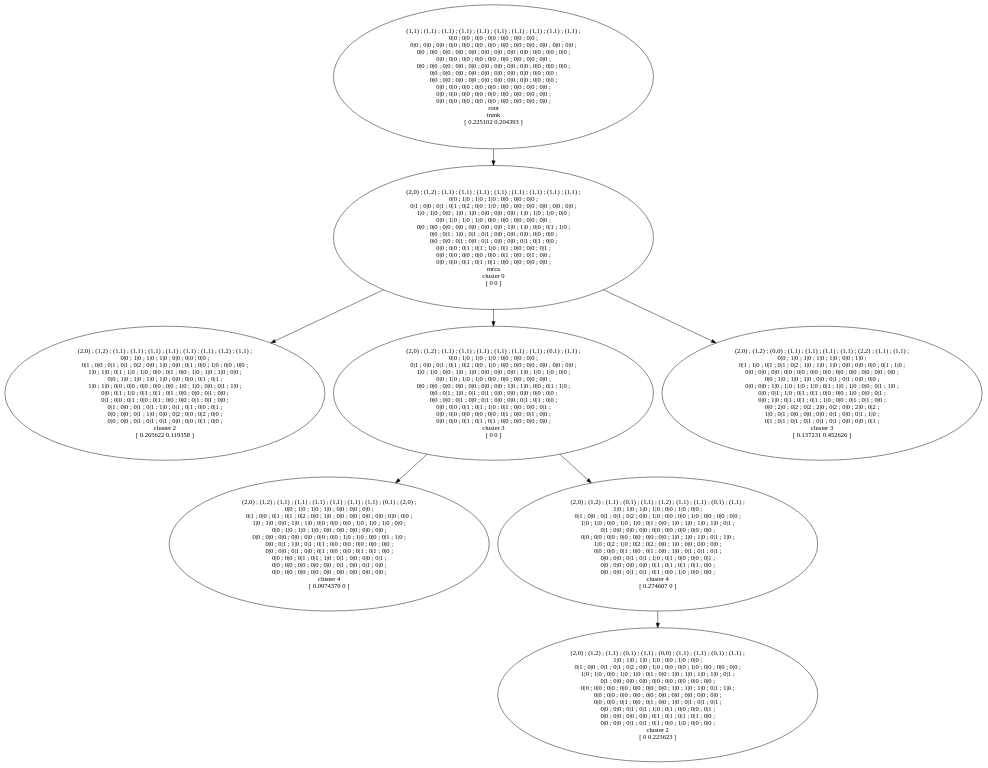
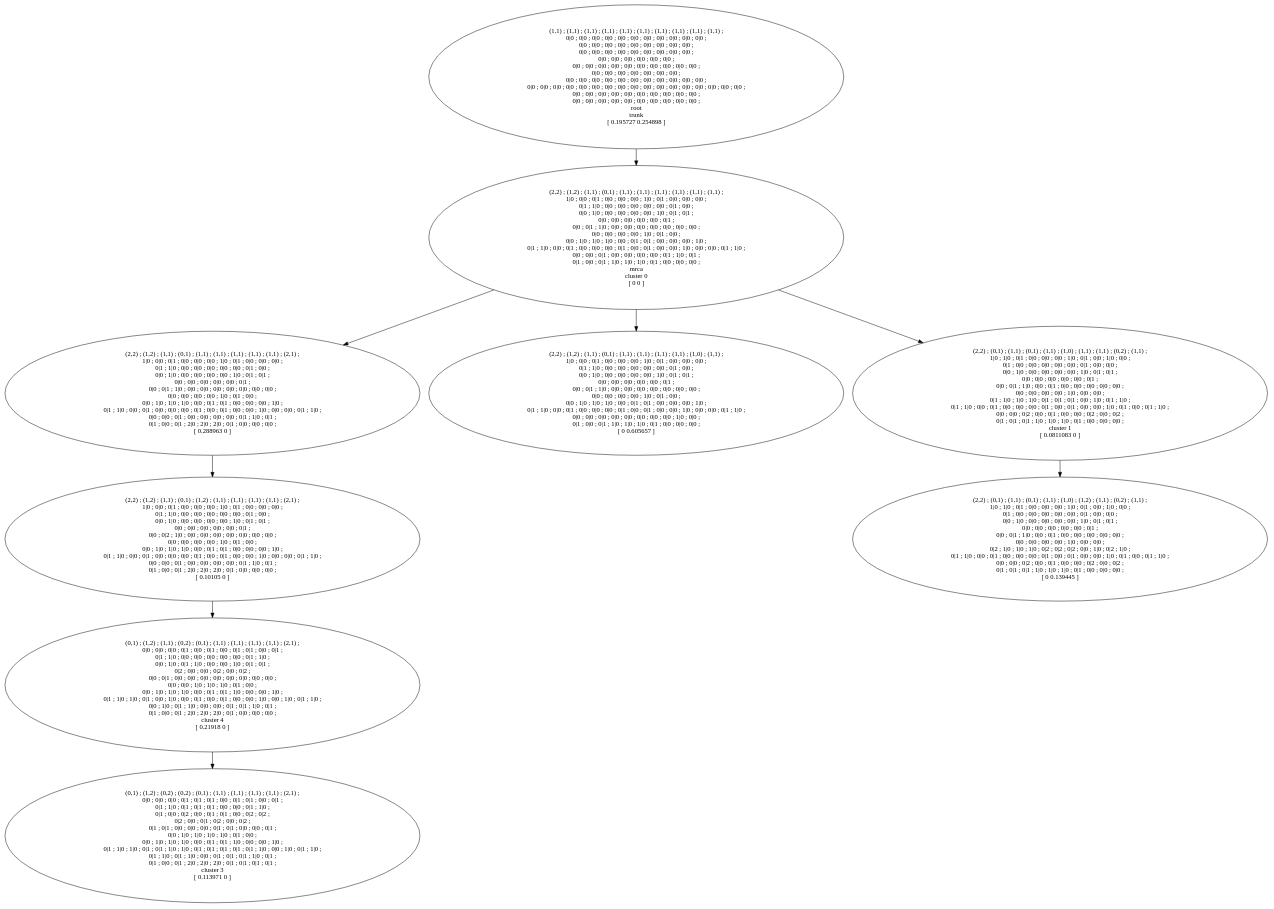
One commit to nicoledd/PACTIONproject changed the diagram in data/k10_n100_s1/T.dot. Above: the diagram before and after it, drawn with Graphviz. The commit also changed 5329 other files, not shown here.

```diff
--- a/data/k10_n100_s1/T.dot
+++ b/data/k10_n100_s1/T.dot
@@ -1,17 +1,19 @@
 digraph T {
-	17 [label="(2,0) ; (1,2) ; (1,1) ; (1,1) ; (1,1) ; (1,1) ; (1,1) ; (1,1) ; (1,2) ; (1,1) ; \n0|0 ; 1|0 ; 1|0 ; 1|0 ; 0|0 ; 0|0 ; 0|0 ; \n0|1 ; 0|0 ; 0|1 ; 0|1 ; 0|2 ; 0|0 ; 1|0 ; 0|0 ; 0|1 ; 0|0 ; 1|0 ; 0|0 ; 0|0 ; \n1|0 ; 1|0 ; 0|1 ; 1|0 ; 1|0 ; 0|0 ; 0|1 ; 0|0 ; 1|0 ; 1|0 ; 1|0 ; 0|0 ; \n0|0 ; 1|0 ; 1|0 ; 1|0 ; 1|0 ; 0|0 ; 0|0 ; 0|1 ; 0|1 ; \n1|0 ; 1|0 ; 0|0 ; 0|0 ; 0|0 ; 0|0 ; 0|0 ; 1|0 ; 1|0 ; 0|0 ; 0|1 ; 1|0 ; \n0|0 ; 0|1 ; 1|0 ; 0|1 ; 0|1 ; 0|1 ; 0|0 ; 0|0 ; 0|1 ; 0|0 ; \n0|1 ; 0|0 ; 0|1 ; 0|0 ; 0|1 ; 0|0 ; 0|0 ; 0|1 ; 0|1 ; 0|0 ; \n0|1 ; 0|0 ; 0|1 ; 0|1 ; 1|0 ; 0|1 ; 0|1 ; 0|0 ; 0|1 ; \n0|0 ; 0|0 ; 0|1 ; 1|0 ; 0|0 ; 0|2 ; 0|0 ; 0|2 ; 0|0 ; \n0|0 ; 0|0 ; 0|1 ; 0|1 ; 0|1 ; 0|0 ; 0|0 ; 0|1 ; 0|0 ; \ncluster 2\n[ 0.265622 0.119358 ]"]
-	16 [label="(2,0) ; (1,2) ; (1,1) ; (1,1) ; (1,1) ; (1,1) ; (1,1) ; (1,1) ; (1,1) ; (1,1) ; \n0|0 ; 1|0 ; 1|0 ; 1|0 ; 0|0 ; 0|0 ; 0|0 ; \n0|1 ; 0|0 ; 0|1 ; 0|1 ; 0|2 ; 0|0 ; 1|0 ; 0|0 ; 0|0 ; 0|0 ; 0|0 ; 0|0 ; 0|0 ; \n1|0 ; 1|0 ; 0|0 ; 1|0 ; 1|0 ; 0|0 ; 0|0 ; 0|0 ; 1|0 ; 1|0 ; 1|0 ; 0|0 ; \n0|0 ; 1|0 ; 1|0 ; 1|0 ; 0|0 ; 0|0 ; 0|0 ; 0|0 ; 0|0 ; \n0|0 ; 0|0 ; 0|0 ; 0|0 ; 0|0 ; 0|0 ; 0|0 ; 1|0 ; 1|0 ; 0|0 ; 0|1 ; 1|0 ; \n0|0 ; 0|1 ; 1|0 ; 0|1 ; 0|1 ; 0|0 ; 0|0 ; 0|0 ; 0|0 ; 0|0 ; \n0|0 ; 0|0 ; 0|1 ; 0|0 ; 0|1 ; 0|0 ; 0|0 ; 0|1 ; 0|1 ; 0|0 ; \n0|0 ; 0|0 ; 0|1 ; 0|1 ; 1|0 ; 0|1 ; 0|0 ; 0|0 ; 0|1 ; \n0|0 ; 0|0 ; 0|0 ; 0|0 ; 0|0 ; 0|1 ; 0|0 ; 0|1 ; 0|0 ; \n0|0 ; 0|0 ; 0|1 ; 0|1 ; 0|1 ; 0|0 ; 0|0 ; 0|0 ; 0|0 ; \nmrca\ncluster 0\n[ 0 0 ]"]
-	15 [label="(2,0) ; (1,2) ; (1,1) ; (1,1) ; (1,1) ; (1,1) ; (1,1) ; (1,1) ; (0,1) ; (2,0) ; \n0|0 ; 1|0 ; 1|0 ; 1|0 ; 0|0 ; 0|0 ; 0|0 ; \n0|1 ; 0|0 ; 0|1 ; 0|1 ; 0|2 ; 0|0 ; 1|0 ; 0|0 ; 0|0 ; 0|0 ; 0|0 ; 0|0 ; 0|0 ; \n1|0 ; 1|0 ; 0|0 ; 1|0 ; 1|0 ; 0|0 ; 0|0 ; 0|0 ; 1|0 ; 1|0 ; 1|0 ; 0|0 ; \n0|0 ; 1|0 ; 1|0 ; 1|0 ; 0|0 ; 0|0 ; 0|0 ; 0|0 ; 0|0 ; \n0|0 ; 0|0 ; 0|0 ; 0|0 ; 0|0 ; 0|0 ; 0|0 ; 1|0 ; 1|0 ; 0|0 ; 0|1 ; 1|0 ; \n0|0 ; 0|1 ; 1|0 ; 0|1 ; 0|1 ; 0|0 ; 0|0 ; 0|0 ; 0|0 ; 0|0 ; \n0|0 ; 0|0 ; 0|1 ; 0|0 ; 0|1 ; 0|0 ; 0|0 ; 0|1 ; 0|1 ; 0|0 ; \n0|0 ; 0|0 ; 0|1 ; 0|1 ; 1|0 ; 0|1 ; 0|0 ; 0|0 ; 0|1 ; \n0|0 ; 0|0 ; 0|0 ; 0|0 ; 0|0 ; 0|1 ; 0|0 ; 0|1 ; 0|0 ; \n0|0 ; 0|0 ; 0|0 ; 0|0 ; 0|0 ; 0|0 ; 0|0 ; 0|0 ; 0|0 ; \ncluster 4\n[ 0.0974379 0 ]"]
-	14 [label="(2,0) ; (1,2) ; (1,1) ; (1,1) ; (1,1) ; (1,1) ; (1,1) ; (1,1) ; (0,1) ; (1,1) ; \n0|0 ; 1|0 ; 1|0 ; 1|0 ; 0|0 ; 0|0 ; 0|0 ; \n0|1 ; 0|0 ; 0|1 ; 0|1 ; 0|2 ; 0|0 ; 1|0 ; 0|0 ; 0|0 ; 0|0 ; 0|0 ; 0|0 ; 0|0 ; \n1|0 ; 1|0 ; 0|0 ; 1|0 ; 1|0 ; 0|0 ; 0|0 ; 0|0 ; 1|0 ; 1|0 ; 1|0 ; 0|0 ; \n0|0 ; 1|0 ; 1|0 ; 1|0 ; 0|0 ; 0|0 ; 0|0 ; 0|0 ; 0|0 ; \n0|0 ; 0|0 ; 0|0 ; 0|0 ; 0|0 ; 0|0 ; 0|0 ; 1|0 ; 1|0 ; 0|0 ; 0|1 ; 1|0 ; \n0|0 ; 0|1 ; 1|0 ; 0|1 ; 0|1 ; 0|0 ; 0|0 ; 0|0 ; 0|0 ; 0|0 ; \n0|0 ; 0|0 ; 0|1 ; 0|0 ; 0|1 ; 0|0 ; 0|0 ; 0|1 ; 0|1 ; 0|0 ; \n0|0 ; 0|0 ; 0|1 ; 0|1 ; 1|0 ; 0|1 ; 0|0 ; 0|0 ; 0|1 ; \n0|0 ; 0|0 ; 0|0 ; 0|0 ; 0|0 ; 0|1 ; 0|0 ; 0|1 ; 0|0 ; \n0|0 ; 0|0 ; 0|1 ; 0|1 ; 0|1 ; 0|0 ; 0|0 ; 0|0 ; 0|0 ; \ncluster 3\n[ 0 0 ]"]
-	12 [label="(2,0) ; (1,2) ; (1,1) ; (0,1) ; (1,1) ; (1,2) ; (1,1) ; (1,1) ; (0,1) ; (1,1) ; \n1|0 ; 1|0 ; 1|0 ; 1|0 ; 0|0 ; 1|0 ; 0|0 ; \n0|1 ; 0|0 ; 0|1 ; 0|1 ; 0|2 ; 0|0 ; 1|0 ; 0|0 ; 0|0 ; 1|0 ; 0|0 ; 0|0 ; 0|0 ; \n1|0 ; 1|0 ; 0|0 ; 1|0 ; 1|0 ; 0|1 ; 0|0 ; 1|0 ; 1|0 ; 1|0 ; 1|0 ; 0|1 ; \n0|1 ; 0|0 ; 0|0 ; 0|0 ; 0|0 ; 0|0 ; 0|0 ; 0|0 ; 0|0 ; \n0|0 ; 0|0 ; 0|0 ; 0|0 ; 0|0 ; 0|0 ; 0|0 ; 1|0 ; 1|0 ; 1|0 ; 0|1 ; 1|0 ; \n1|0 ; 0|2 ; 1|0 ; 0|2 ; 0|2 ; 0|0 ; 1|0 ; 0|0 ; 0|0 ; 0|0 ; \n0|0 ; 0|0 ; 0|1 ; 0|0 ; 0|1 ; 0|0 ; 1|0 ; 0|1 ; 0|1 ; 0|1 ; \n0|0 ; 0|0 ; 0|1 ; 0|1 ; 1|0 ; 0|1 ; 0|0 ; 0|0 ; 0|1 ; \n0|0 ; 0|0 ; 0|0 ; 0|0 ; 0|1 ; 0|1 ; 0|1 ; 0|1 ; 0|0 ; \n0|0 ; 0|0 ; 0|1 ; 0|1 ; 0|1 ; 0|0 ; 1|0 ; 0|0 ; 0|0 ; \ncluster 4\n[ 0.274607 0 ]"]
-	10 [label="(2,0) ; (1,2) ; (1,1) ; (0,1) ; (1,1) ; (0,0) ; (1,1) ; (1,1) ; (0,1) ; (1,1) ; \n1|0 ; 1|0 ; 1|0 ; 1|0 ; 0|0 ; 1|0 ; 0|0 ; \n0|1 ; 0|0 ; 0|1 ; 0|1 ; 0|2 ; 0|0 ; 1|0 ; 0|0 ; 0|0 ; 1|0 ; 0|0 ; 0|0 ; 0|0 ; \n1|0 ; 1|0 ; 0|0 ; 1|0 ; 1|0 ; 0|1 ; 0|0 ; 1|0 ; 1|0 ; 1|0 ; 1|0 ; 0|1 ; \n0|1 ; 0|0 ; 0|0 ; 0|0 ; 0|0 ; 0|0 ; 0|0 ; 0|0 ; 0|0 ; \n0|0 ; 0|0 ; 0|0 ; 0|0 ; 0|0 ; 0|0 ; 0|0 ; 1|0 ; 1|0 ; 1|0 ; 0|1 ; 1|0 ; \n0|0 ; 0|0 ; 0|0 ; 0|0 ; 0|0 ; 0|0 ; 0|0 ; 0|0 ; 0|0 ; 0|0 ; \n0|0 ; 0|0 ; 0|1 ; 0|0 ; 0|1 ; 0|0 ; 1|0 ; 0|1 ; 0|1 ; 0|1 ; \n0|0 ; 0|0 ; 0|1 ; 0|1 ; 1|0 ; 0|1 ; 0|0 ; 0|0 ; 0|1 ; \n0|0 ; 0|0 ; 0|0 ; 0|0 ; 0|1 ; 0|1 ; 0|1 ; 0|1 ; 0|0 ; \n0|0 ; 0|0 ; 0|1 ; 0|1 ; 0|1 ; 0|0 ; 1|0 ; 0|0 ; 0|0 ; \ncluster 2\n[ 0 0.223623 ]"]
-	8 [label="(2,0) ; (1,2) ; (0,0) ; (1,1) ; (1,1) ; (1,1) ; (1,1) ; (2,2) ; (1,1) ; (1,1) ; \n0|0 ; 1|0 ; 1|0 ; 1|0 ; 1|0 ; 0|0 ; 1|0 ; \n0|1 ; 1|0 ; 0|1 ; 0|1 ; 0|2 ; 1|0 ; 1|0 ; 1|0 ; 0|0 ; 0|0 ; 0|0 ; 0|1 ; 1|0 ; \n0|0 ; 0|0 ; 0|0 ; 0|0 ; 0|0 ; 0|0 ; 0|0 ; 0|0 ; 0|0 ; 0|0 ; 0|0 ; 0|0 ; \n0|0 ; 1|0 ; 1|0 ; 1|0 ; 0|0 ; 0|1 ; 0|1 ; 0|0 ; 0|0 ; \n0|0 ; 0|0 ; 1|0 ; 1|0 ; 1|0 ; 1|0 ; 0|1 ; 1|0 ; 1|0 ; 0|0 ; 0|1 ; 1|0 ; \n0|0 ; 0|1 ; 1|0 ; 0|1 ; 0|1 ; 0|0 ; 0|0 ; 1|0 ; 0|0 ; 0|1 ; \n0|0 ; 1|0 ; 0|1 ; 0|1 ; 0|1 ; 1|0 ; 0|0 ; 0|1 ; 0|1 ; 0|0 ; \n0|0 ; 2|0 ; 0|2 ; 0|2 ; 2|0 ; 0|2 ; 0|0 ; 2|0 ; 0|2 ; \n1|0 ; 0|1 ; 0|0 ; 0|0 ; 0|0 ; 0|1 ; 0|0 ; 0|1 ; 1|0 ; \n0|1 ; 0|1 ; 0|1 ; 0|1 ; 0|1 ; 0|1 ; 0|0 ; 0|0 ; 0|1 ; \ncluster 3\n[ 0.137231 0.452626 ]"]
-	1 [label="(1,1) ; (1,1) ; (1,1) ; (1,1) ; (1,1) ; (1,1) ; (1,1) ; (1,1) ; (1,1) ; (1,1) ; \n0|0 ; 0|0 ; 0|0 ; 0|0 ; 0|0 ; 0|0 ; 0|0 ; \n0|0 ; 0|0 ; 0|0 ; 0|0 ; 0|0 ; 0|0 ; 0|0 ; 0|0 ; 0|0 ; 0|0 ; 0|0 ; 0|0 ; 0|0 ; \n0|0 ; 0|0 ; 0|0 ; 0|0 ; 0|0 ; 0|0 ; 0|0 ; 0|0 ; 0|0 ; 0|0 ; 0|0 ; 0|0 ; \n0|0 ; 0|0 ; 0|0 ; 0|0 ; 0|0 ; 0|0 ; 0|0 ; 0|0 ; 0|0 ; \n0|0 ; 0|0 ; 0|0 ; 0|0 ; 0|0 ; 0|0 ; 0|0 ; 0|0 ; 0|0 ; 0|0 ; 0|0 ; 0|0 ; \n0|0 ; 0|0 ; 0|0 ; 0|0 ; 0|0 ; 0|0 ; 0|0 ; 0|0 ; 0|0 ; 0|0 ; \n0|0 ; 0|0 ; 0|0 ; 0|0 ; 0|0 ; 0|0 ; 0|0 ; 0|0 ; 0|0 ; 0|0 ; \n0|0 ; 0|0 ; 0|0 ; 0|0 ; 0|0 ; 0|0 ; 0|0 ; 0|0 ; 0|0 ; \n0|0 ; 0|0 ; 0|0 ; 0|0 ; 0|0 ; 0|0 ; 0|0 ; 0|0 ; 0|0 ; \n0|0 ; 0|0 ; 0|0 ; 0|0 ; 0|0 ; 0|0 ; 0|0 ; 0|0 ; 0|0 ; \nroot\ntrunk\n[ 0.225102 0.204393 ]"]
-16 -> 8
+	17 [label="(2,2) ; (1,2) ; (1,1) ; (0,1) ; (1,2) ; (1,1) ; (1,1) ; (1,1) ; (1,1) ; (2,1) ; \n1|0 ; 0|0 ; 0|1 ; 0|0 ; 0|0 ; 0|0 ; 1|0 ; 0|1 ; 0|0 ; 0|0 ; 0|0 ; \n0|1 ; 1|0 ; 0|0 ; 0|0 ; 0|0 ; 0|0 ; 0|0 ; 0|1 ; 0|0 ; \n0|0 ; 1|0 ; 0|0 ; 0|0 ; 0|0 ; 0|0 ; 1|0 ; 0|1 ; 0|1 ; \n0|0 ; 0|0 ; 0|0 ; 0|0 ; 0|0 ; 0|1 ; \n0|0 ; 0|2 ; 1|0 ; 0|0 ; 0|0 ; 0|0 ; 0|0 ; 0|0 ; 0|0 ; 0|0 ; \n0|0 ; 0|0 ; 0|0 ; 0|0 ; 1|0 ; 0|1 ; 0|0 ; \n0|0 ; 1|0 ; 1|0 ; 1|0 ; 0|0 ; 0|1 ; 0|1 ; 0|0 ; 0|0 ; 0|0 ; 1|0 ; \n0|1 ; 1|0 ; 0|0 ; 0|1 ; 0|0 ; 0|0 ; 0|0 ; 0|1 ; 0|0 ; 0|1 ; 0|0 ; 0|0 ; 1|0 ; 0|0 ; 0|0 ; 0|1 ; 1|0 ; \n0|0 ; 0|0 ; 0|1 ; 0|0 ; 0|0 ; 0|0 ; 0|0 ; 0|1 ; 1|0 ; 0|1 ; \n0|1 ; 0|0 ; 0|1 ; 2|0 ; 2|0 ; 2|0 ; 0|1 ; 0|0 ; 0|0 ; 0|0 ; \n[ 0.10105 0 ]"]
+	16 [label="(2,2) ; (1,2) ; (1,1) ; (0,1) ; (1,1) ; (1,1) ; (1,1) ; (1,1) ; (1,1) ; (2,1) ; \n1|0 ; 0|0 ; 0|1 ; 0|0 ; 0|0 ; 0|0 ; 1|0 ; 0|1 ; 0|0 ; 0|0 ; 0|0 ; \n0|1 ; 1|0 ; 0|0 ; 0|0 ; 0|0 ; 0|0 ; 0|0 ; 0|1 ; 0|0 ; \n0|0 ; 1|0 ; 0|0 ; 0|0 ; 0|0 ; 0|0 ; 1|0 ; 0|1 ; 0|1 ; \n0|0 ; 0|0 ; 0|0 ; 0|0 ; 0|0 ; 0|1 ; \n0|0 ; 0|1 ; 1|0 ; 0|0 ; 0|0 ; 0|0 ; 0|0 ; 0|0 ; 0|0 ; 0|0 ; \n0|0 ; 0|0 ; 0|0 ; 0|0 ; 1|0 ; 0|1 ; 0|0 ; \n0|0 ; 1|0 ; 1|0 ; 1|0 ; 0|0 ; 0|1 ; 0|1 ; 0|0 ; 0|0 ; 0|0 ; 1|0 ; \n0|1 ; 1|0 ; 0|0 ; 0|1 ; 0|0 ; 0|0 ; 0|0 ; 0|1 ; 0|0 ; 0|1 ; 0|0 ; 0|0 ; 1|0 ; 0|0 ; 0|0 ; 0|1 ; 1|0 ; \n0|0 ; 0|0 ; 0|1 ; 0|0 ; 0|0 ; 0|0 ; 0|0 ; 0|1 ; 1|0 ; 0|1 ; \n0|1 ; 0|0 ; 0|1 ; 2|0 ; 2|0 ; 2|0 ; 0|1 ; 0|0 ; 0|0 ; 0|0 ; \n[ 0.288963 0 ]"]
+	14 [label="(2,2) ; (1,2) ; (1,1) ; (0,1) ; (1,1) ; (1,1) ; (1,1) ; (1,1) ; (1,1) ; (1,1) ; \n1|0 ; 0|0 ; 0|1 ; 0|0 ; 0|0 ; 0|0 ; 1|0 ; 0|1 ; 0|0 ; 0|0 ; 0|0 ; \n0|1 ; 1|0 ; 0|0 ; 0|0 ; 0|0 ; 0|0 ; 0|0 ; 0|1 ; 0|0 ; \n0|0 ; 1|0 ; 0|0 ; 0|0 ; 0|0 ; 0|0 ; 1|0 ; 0|1 ; 0|1 ; \n0|0 ; 0|0 ; 0|0 ; 0|0 ; 0|0 ; 0|1 ; \n0|0 ; 0|1 ; 1|0 ; 0|0 ; 0|0 ; 0|0 ; 0|0 ; 0|0 ; 0|0 ; 0|0 ; \n0|0 ; 0|0 ; 0|0 ; 0|0 ; 1|0 ; 0|1 ; 0|0 ; \n0|0 ; 1|0 ; 1|0 ; 1|0 ; 0|0 ; 0|1 ; 0|1 ; 0|0 ; 0|0 ; 0|0 ; 1|0 ; \n0|1 ; 1|0 ; 0|0 ; 0|1 ; 0|0 ; 0|0 ; 0|0 ; 0|1 ; 0|0 ; 0|1 ; 0|0 ; 0|0 ; 1|0 ; 0|0 ; 0|0 ; 0|1 ; 1|0 ; \n0|0 ; 0|0 ; 0|1 ; 0|0 ; 0|0 ; 0|0 ; 0|0 ; 0|1 ; 1|0 ; 0|1 ; \n0|1 ; 0|0 ; 0|1 ; 1|0 ; 1|0 ; 1|0 ; 0|1 ; 0|0 ; 0|0 ; 0|0 ; \nmrca\ncluster 0\n[ 0 0 ]"]
+	13 [label="(2,2) ; (1,2) ; (1,1) ; (0,1) ; (1,1) ; (1,1) ; (1,1) ; (1,1) ; (1,0) ; (1,1) ; \n1|0 ; 0|0 ; 0|1 ; 0|0 ; 0|0 ; 0|0 ; 1|0 ; 0|1 ; 0|0 ; 0|0 ; 0|0 ; \n0|1 ; 1|0 ; 0|0 ; 0|0 ; 0|0 ; 0|0 ; 0|0 ; 0|1 ; 0|0 ; \n0|0 ; 1|0 ; 0|0 ; 0|0 ; 0|0 ; 0|0 ; 1|0 ; 0|1 ; 0|1 ; \n0|0 ; 0|0 ; 0|0 ; 0|0 ; 0|0 ; 0|1 ; \n0|0 ; 0|1 ; 1|0 ; 0|0 ; 0|0 ; 0|0 ; 0|0 ; 0|0 ; 0|0 ; 0|0 ; \n0|0 ; 0|0 ; 0|0 ; 0|0 ; 1|0 ; 0|1 ; 0|0 ; \n0|0 ; 1|0 ; 1|0 ; 1|0 ; 0|0 ; 0|1 ; 0|1 ; 0|0 ; 0|0 ; 0|0 ; 1|0 ; \n0|1 ; 1|0 ; 0|0 ; 0|1 ; 0|0 ; 0|0 ; 0|0 ; 0|1 ; 0|0 ; 0|1 ; 0|0 ; 0|0 ; 1|0 ; 0|0 ; 0|0 ; 0|1 ; 1|0 ; \n0|0 ; 0|0 ; 0|0 ; 0|0 ; 0|0 ; 0|0 ; 0|0 ; 0|0 ; 1|0 ; 0|0 ; \n0|1 ; 0|0 ; 0|1 ; 1|0 ; 1|0 ; 1|0 ; 0|1 ; 0|0 ; 0|0 ; 0|0 ; \n[ 0 0.605657 ]"]
+	7 [label="(2,2) ; (0,1) ; (1,1) ; (0,1) ; (1,1) ; (1,0) ; (1,2) ; (1,1) ; (0,2) ; (1,1) ; \n1|0 ; 1|0 ; 0|1 ; 0|0 ; 0|0 ; 0|0 ; 1|0 ; 0|1 ; 0|0 ; 1|0 ; 0|0 ; \n0|1 ; 0|0 ; 0|0 ; 0|0 ; 0|0 ; 0|0 ; 0|1 ; 0|0 ; 0|0 ; \n0|0 ; 1|0 ; 0|0 ; 0|0 ; 0|0 ; 0|0 ; 1|0 ; 0|1 ; 0|1 ; \n0|0 ; 0|0 ; 0|0 ; 0|0 ; 0|0 ; 0|1 ; \n0|0 ; 0|1 ; 1|0 ; 0|0 ; 0|1 ; 0|0 ; 0|0 ; 0|0 ; 0|0 ; 0|0 ; \n0|0 ; 0|0 ; 0|0 ; 0|0 ; 1|0 ; 0|0 ; 0|0 ; \n0|2 ; 1|0 ; 1|0 ; 1|0 ; 0|2 ; 0|2 ; 0|2 ; 0|0 ; 1|0 ; 0|2 ; 1|0 ; \n0|1 ; 1|0 ; 0|0 ; 0|1 ; 0|0 ; 0|0 ; 0|0 ; 0|1 ; 0|0 ; 0|1 ; 0|0 ; 0|0 ; 1|0 ; 0|1 ; 0|0 ; 0|1 ; 1|0 ; \n0|0 ; 0|0 ; 0|2 ; 0|0 ; 0|1 ; 0|0 ; 0|0 ; 0|2 ; 0|0 ; 0|2 ; \n0|1 ; 0|1 ; 0|1 ; 1|0 ; 1|0 ; 1|0 ; 0|1 ; 0|0 ; 0|0 ; 0|0 ; \n[ 0 0.139445 ]"]
+	6 [label="(2,2) ; (0,1) ; (1,1) ; (0,1) ; (1,1) ; (1,0) ; (1,1) ; (1,1) ; (0,2) ; (1,1) ; \n1|0 ; 1|0 ; 0|1 ; 0|0 ; 0|0 ; 0|0 ; 1|0 ; 0|1 ; 0|0 ; 1|0 ; 0|0 ; \n0|1 ; 0|0 ; 0|0 ; 0|0 ; 0|0 ; 0|0 ; 0|1 ; 0|0 ; 0|0 ; \n0|0 ; 1|0 ; 0|0 ; 0|0 ; 0|0 ; 0|0 ; 1|0 ; 0|1 ; 0|1 ; \n0|0 ; 0|0 ; 0|0 ; 0|0 ; 0|0 ; 0|1 ; \n0|0 ; 0|1 ; 1|0 ; 0|0 ; 0|1 ; 0|0 ; 0|0 ; 0|0 ; 0|0 ; 0|0 ; \n0|0 ; 0|0 ; 0|0 ; 0|0 ; 1|0 ; 0|0 ; 0|0 ; \n0|1 ; 1|0 ; 1|0 ; 1|0 ; 0|1 ; 0|1 ; 0|1 ; 0|0 ; 1|0 ; 0|1 ; 1|0 ; \n0|1 ; 1|0 ; 0|0 ; 0|1 ; 0|0 ; 0|0 ; 0|0 ; 0|1 ; 0|0 ; 0|1 ; 0|0 ; 0|0 ; 1|0 ; 0|1 ; 0|0 ; 0|1 ; 1|0 ; \n0|0 ; 0|0 ; 0|2 ; 0|0 ; 0|1 ; 0|0 ; 0|0 ; 0|2 ; 0|0 ; 0|2 ; \n0|1 ; 0|1 ; 0|1 ; 1|0 ; 1|0 ; 1|0 ; 0|1 ; 0|0 ; 0|0 ; 0|0 ; \ncluster 1\n[ 0.0811083 0 ]"]
+	5 [label="(1,1) ; (1,1) ; (1,1) ; (1,1) ; (1,1) ; (1,1) ; (1,1) ; (1,1) ; (1,1) ; (1,1) ; \n0|0 ; 0|0 ; 0|0 ; 0|0 ; 0|0 ; 0|0 ; 0|0 ; 0|0 ; 0|0 ; 0|0 ; 0|0 ; \n0|0 ; 0|0 ; 0|0 ; 0|0 ; 0|0 ; 0|0 ; 0|0 ; 0|0 ; 0|0 ; \n0|0 ; 0|0 ; 0|0 ; 0|0 ; 0|0 ; 0|0 ; 0|0 ; 0|0 ; 0|0 ; \n0|0 ; 0|0 ; 0|0 ; 0|0 ; 0|0 ; 0|0 ; \n0|0 ; 0|0 ; 0|0 ; 0|0 ; 0|0 ; 0|0 ; 0|0 ; 0|0 ; 0|0 ; 0|0 ; \n0|0 ; 0|0 ; 0|0 ; 0|0 ; 0|0 ; 0|0 ; 0|0 ; \n0|0 ; 0|0 ; 0|0 ; 0|0 ; 0|0 ; 0|0 ; 0|0 ; 0|0 ; 0|0 ; 0|0 ; 0|0 ; \n0|0 ; 0|0 ; 0|0 ; 0|0 ; 0|0 ; 0|0 ; 0|0 ; 0|0 ; 0|0 ; 0|0 ; 0|0 ; 0|0 ; 0|0 ; 0|0 ; 0|0 ; 0|0 ; 0|0 ; \n0|0 ; 0|0 ; 0|0 ; 0|0 ; 0|0 ; 0|0 ; 0|0 ; 0|0 ; 0|0 ; 0|0 ; \n0|0 ; 0|0 ; 0|0 ; 0|0 ; 0|0 ; 0|0 ; 0|0 ; 0|0 ; 0|0 ; 0|0 ; \nroot\ntrunk\n[ 0.195727 0.254898 ]"]
+	4 [label="(0,1) ; (1,2) ; (1,1) ; (0,2) ; (0,1) ; (1,1) ; (1,1) ; (1,1) ; (1,1) ; (2,1) ; \n0|0 ; 0|0 ; 0|0 ; 0|1 ; 0|0 ; 0|1 ; 0|0 ; 0|1 ; 0|1 ; 0|0 ; 0|1 ; \n0|1 ; 1|0 ; 0|0 ; 0|0 ; 0|0 ; 0|0 ; 0|0 ; 0|1 ; 1|0 ; \n0|0 ; 1|0 ; 0|1 ; 1|0 ; 0|0 ; 0|0 ; 1|0 ; 0|1 ; 0|1 ; \n0|2 ; 0|0 ; 0|0 ; 0|2 ; 0|0 ; 0|2 ; \n0|0 ; 0|1 ; 0|0 ; 0|0 ; 0|0 ; 0|0 ; 0|0 ; 0|0 ; 0|0 ; 0|0 ; \n0|0 ; 0|0 ; 1|0 ; 1|0 ; 1|0 ; 0|1 ; 0|0 ; \n0|0 ; 1|0 ; 1|0 ; 1|0 ; 0|0 ; 0|1 ; 0|1 ; 1|0 ; 0|0 ; 0|0 ; 1|0 ; \n0|1 ; 1|0 ; 1|0 ; 0|1 ; 0|0 ; 1|0 ; 0|0 ; 0|1 ; 0|0 ; 0|1 ; 0|0 ; 0|0 ; 1|0 ; 0|0 ; 1|0 ; 0|1 ; 1|0 ; \n0|0 ; 1|0 ; 0|1 ; 1|0 ; 0|0 ; 0|0 ; 0|1 ; 0|1 ; 1|0 ; 0|1 ; \n0|1 ; 0|0 ; 0|1 ; 2|0 ; 2|0 ; 2|0 ; 0|1 ; 0|0 ; 0|0 ; 0|0 ; \ncluster 4\n[ 0.21918 0 ]"]
+	1 [label="(0,1) ; (1,2) ; (0,2) ; (0,2) ; (0,1) ; (1,1) ; (1,1) ; (1,1) ; (1,1) ; (2,1) ; \n0|0 ; 0|0 ; 0|0 ; 0|1 ; 0|1 ; 0|1 ; 0|0 ; 0|1 ; 0|1 ; 0|0 ; 0|1 ; \n0|1 ; 1|0 ; 0|1 ; 0|1 ; 0|1 ; 0|0 ; 0|0 ; 0|1 ; 1|0 ; \n0|1 ; 0|0 ; 0|2 ; 0|0 ; 0|1 ; 0|1 ; 0|0 ; 0|2 ; 0|2 ; \n0|2 ; 0|0 ; 0|1 ; 0|2 ; 0|0 ; 0|2 ; \n0|1 ; 0|1 ; 0|0 ; 0|0 ; 0|0 ; 0|1 ; 0|1 ; 0|0 ; 0|0 ; 0|1 ; \n0|0 ; 1|0 ; 1|0 ; 1|0 ; 1|0 ; 0|1 ; 0|0 ; \n0|0 ; 1|0 ; 1|0 ; 1|0 ; 0|0 ; 0|1 ; 0|1 ; 1|0 ; 0|0 ; 0|0 ; 1|0 ; \n0|1 ; 1|0 ; 1|0 ; 0|1 ; 0|1 ; 1|0 ; 1|0 ; 0|1 ; 0|1 ; 0|1 ; 0|1 ; 0|1 ; 1|0 ; 0|0 ; 1|0 ; 0|1 ; 1|0 ; \n0|1 ; 1|0 ; 0|1 ; 1|0 ; 0|0 ; 0|1 ; 0|1 ; 0|1 ; 1|0 ; 0|1 ; \n0|1 ; 0|0 ; 0|1 ; 2|0 ; 2|0 ; 2|0 ; 0|1 ; 0|1 ; 0|1 ; 0|1 ; \ncluster 3\n[ 0.113971 0 ]"]
+17 -> 4
 16 -> 17
-16 -> 14
-14 -> 12
-14 -> 15
-12 -> 10
-1 -> 16
+14 -> 6
+14 -> 16
+14 -> 13
+6 -> 7
+5 -> 14
+4 -> 1
 }
```
